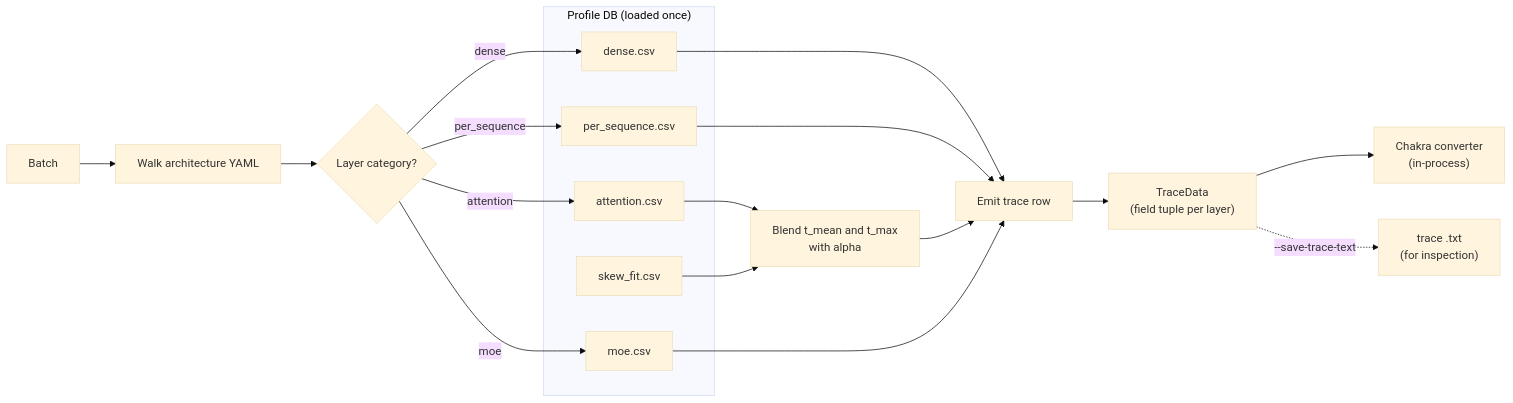
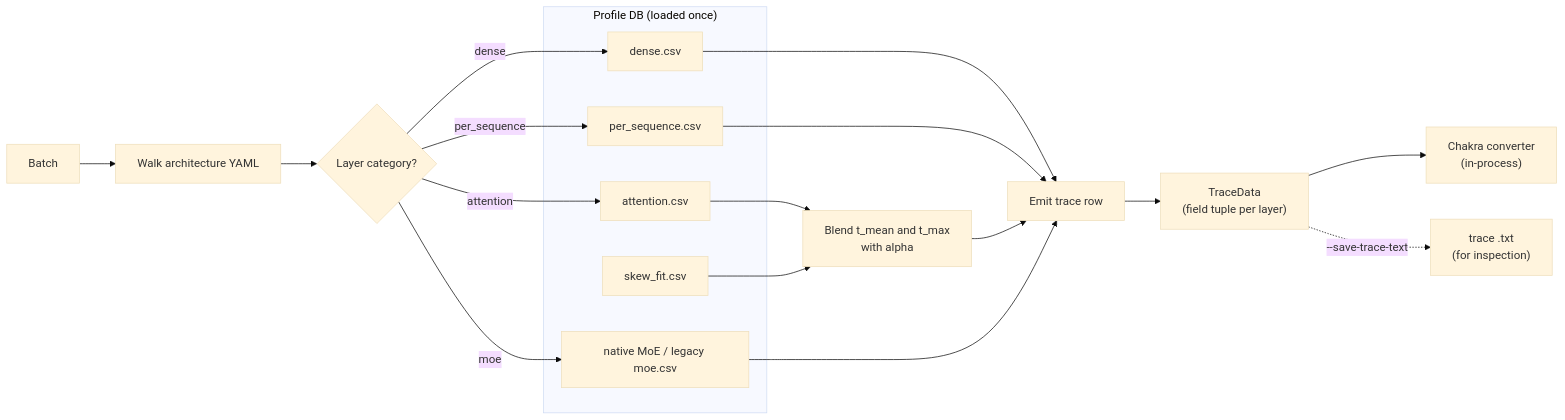
The diagram in docs/docs/simulator/trace-generation.md (casys-kaist/LLMServingSim), drawn with Mermaid (base theme) before and after one commit. The commit also changed other lines of this file and 24 other files, not shown here.

````diff
--- a/docs/docs/simulator/trace-generation.md
+++ b/docs/docs/simulator/trace-generation.md
@@ -22,25 +22,25 @@
 ```mermaid
 flowchart LR
     subgraph PROF["Profile DB (loaded once)"]
         DENSE[dense.csv]
         PERSEQ[per_sequence.csv]
         ATTN[attention.csv]
-        MOE[moe.csv]
+        MOE["native MoE / legacy moe.csv"]
         SKEW[skew_fit.csv]
     end
     BATCH[Batch] --> WALK[Walk architecture YAML]
     WALK --> DISPATCH{Layer category?}
     DISPATCH -->|dense| DENSE
     DISPATCH -->|per_sequence| PERSEQ
     DISPATCH -->|attention| ATTN
     DISPATCH -->|moe| MOE
     ATTN --> SKEWBLEND["Blend t_mean and t_max<br/>with alpha"]
     SKEW --> SKEWBLEND
     DENSE --> EMIT[Emit trace row]
     PERSEQ --> EMIT
     SKEWBLEND --> EMIT
     MOE --> EMIT
     EMIT --> ROWS["TraceData<br/>(field tuple per layer)"]
     ROWS --> GRAPH["Chakra converter<br/>(in-process)"]
     ROWS -.->|--save-trace-text| TRACEFILE["trace .txt<br/>(for inspection)"]
 ```
````
